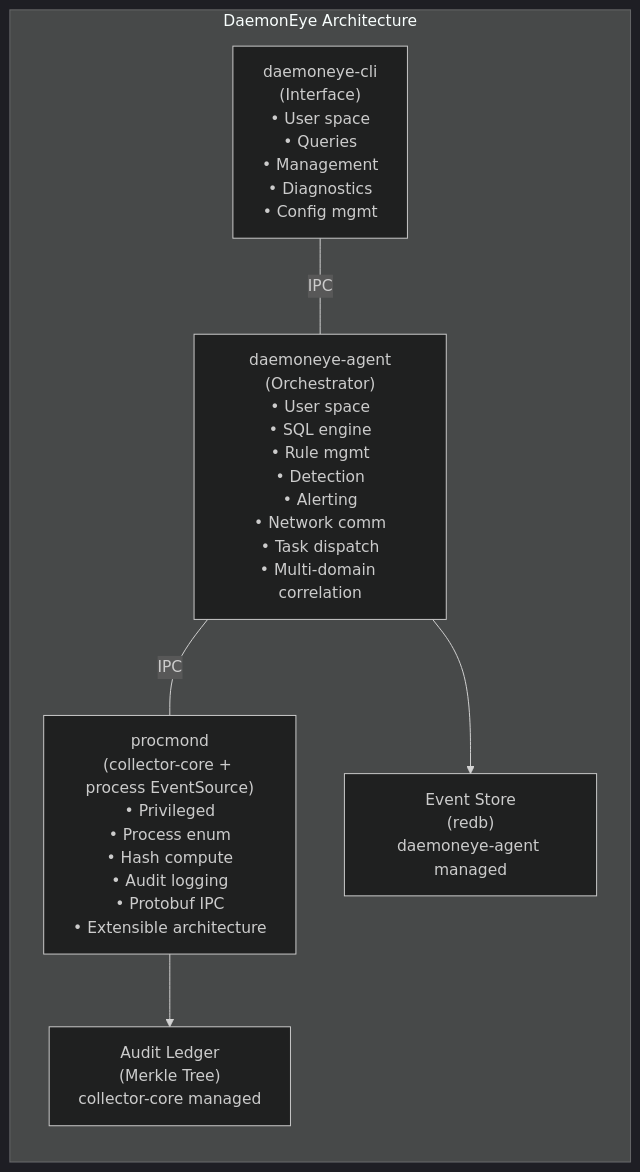
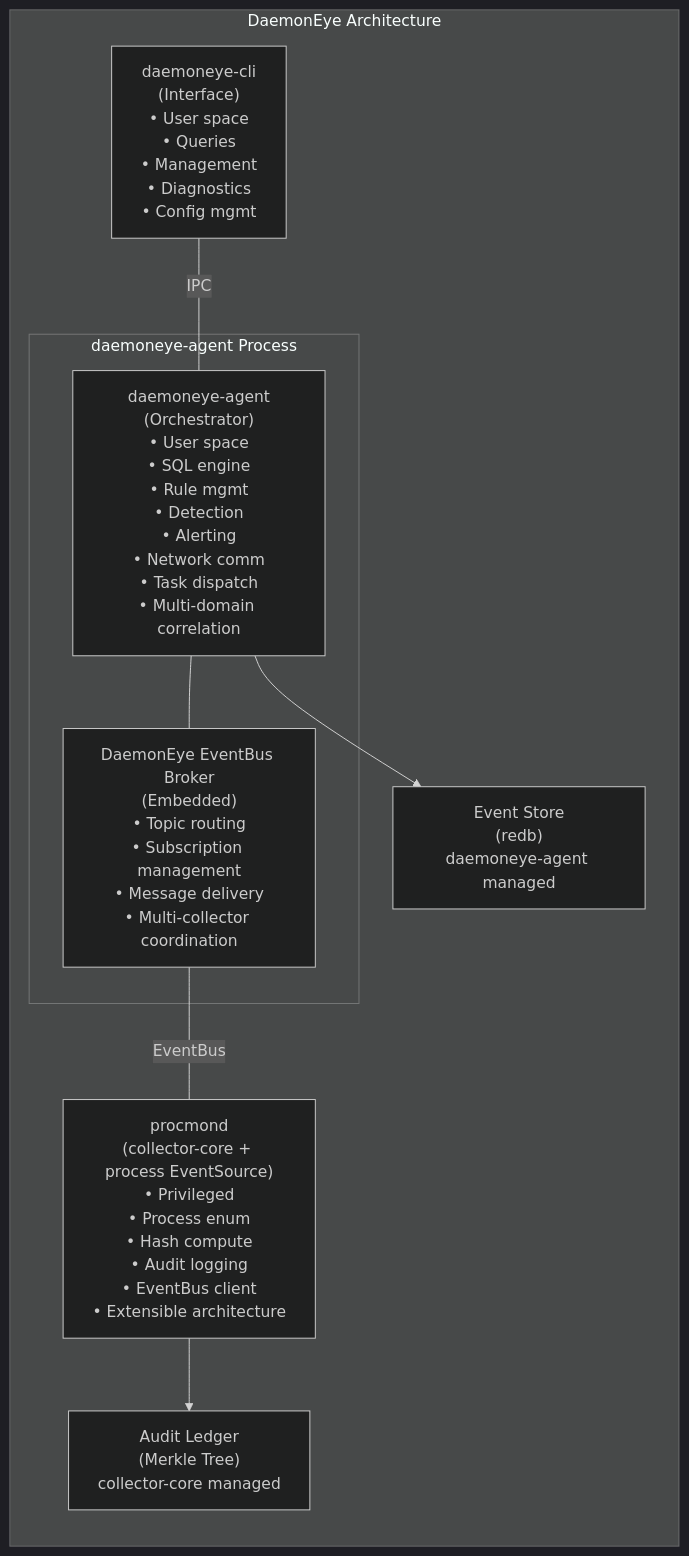
One commit to EvilBit-Labs/DaemonEye changed the second of 6 diagrams in .kiro/specs/daemoneye-core-monitoring/design.md. Above: the diagram before and after it, drawn with Mermaid (dark theme). The commit also changed other lines of this file, not shown here.

First line of the commit message:
docs(architecture): Update daemoneye-core-monitoring design with EventBus integration

````diff
--- a/.kiro/specs/daemoneye-core-monitoring/design.md
+++ b/.kiro/specs/daemoneye-core-monitoring/design.md
@@ -63,21 +66,26 @@
 ```mermaid
 graph LR
     subgraph "DaemonEye Architecture"
         CLI["daemoneye-cli<br/>(Interface)<br/>• User space<br/>• Queries<br/>• Management<br/>• Diagnostics<br/>• Config mgmt"]
 
-        AGENT["daemoneye-agent<br/>(Orchestrator)<br/>• User space<br/>• SQL engine<br/>• Rule mgmt<br/>• Detection<br/>• Alerting<br/>• Network comm<br/>• Task dispatch<br/>• Multi-domain correlation"]
+        subgraph "daemoneye-agent Process"
+            AGENT["daemoneye-agent<br/>(Orchestrator)<br/>• User space<br/>• SQL engine<br/>• Rule mgmt<br/>• Detection<br/>• Alerting<br/>• Network comm<br/>• Task dispatch<br/>• Multi-domain correlation"]
 
-        PROC["procmond<br/>(collector-core + process EventSource)<br/>• Privileged<br/>• Process enum<br/>• Hash compute<br/>• Audit logging<br/>• Protobuf IPC<br/>• Extensible architecture"]
+            BROKER["DaemonEye EventBus Broker<br/>(Embedded)<br/>• Topic routing<br/>• Subscription management<br/>• Message delivery<br/>• Multi-collector coordination"]
+        end
+
+        PROC["procmond<br/>(collector-core + process EventSource)<br/>• Privileged<br/>• Process enum<br/>• Hash compute<br/>• Audit logging<br/>• EventBus client<br/>• Extensible architecture"]
 
         AUDIT["Audit Ledger<br/>(Merkle Tree)<br/>collector-core managed"]
 
         STORE["Event Store<br/>(redb)<br/>daemoneye-agent managed"]
     end
 
     CLI ---|IPC| AGENT
-    AGENT ---|IPC| PROC
+    AGENT --- BROKER
+    BROKER ---|EventBus| PROC
     PROC --> AUDIT
     AGENT --> STORE
 
 
 ```
````
